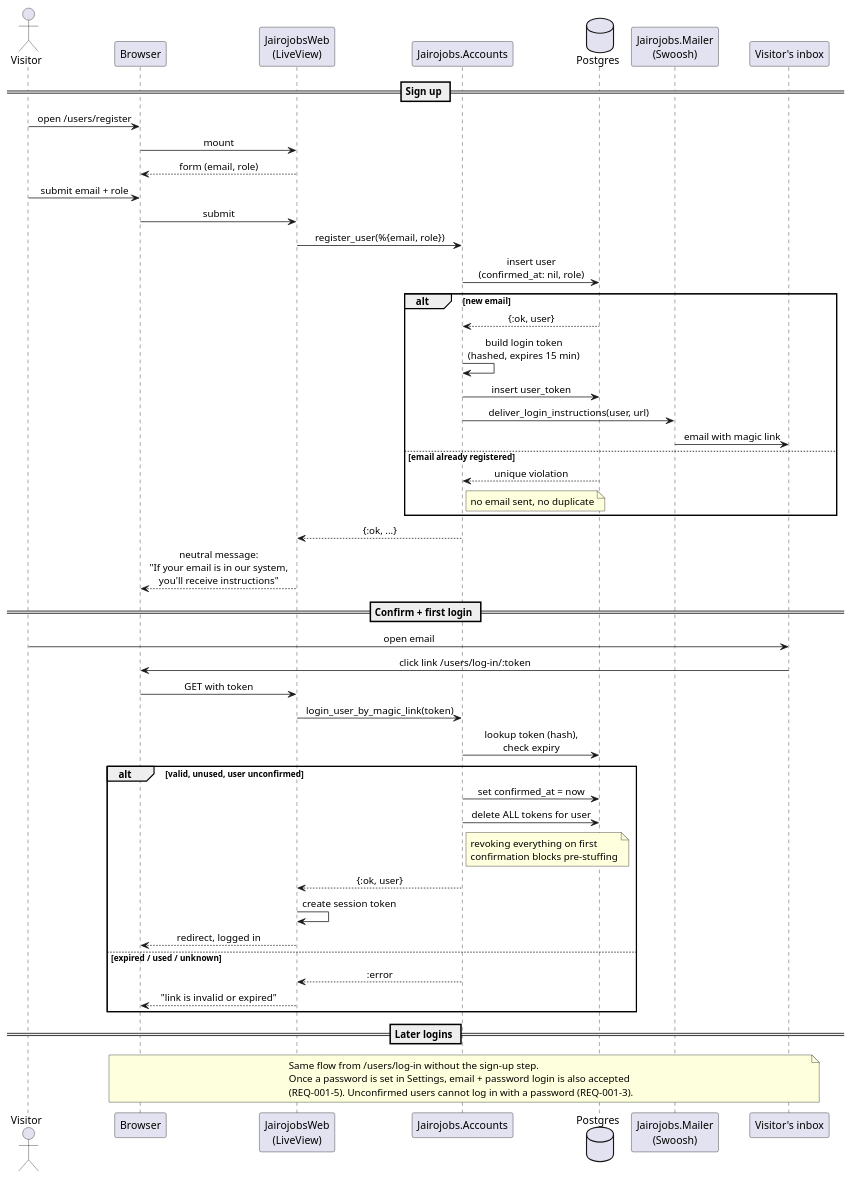
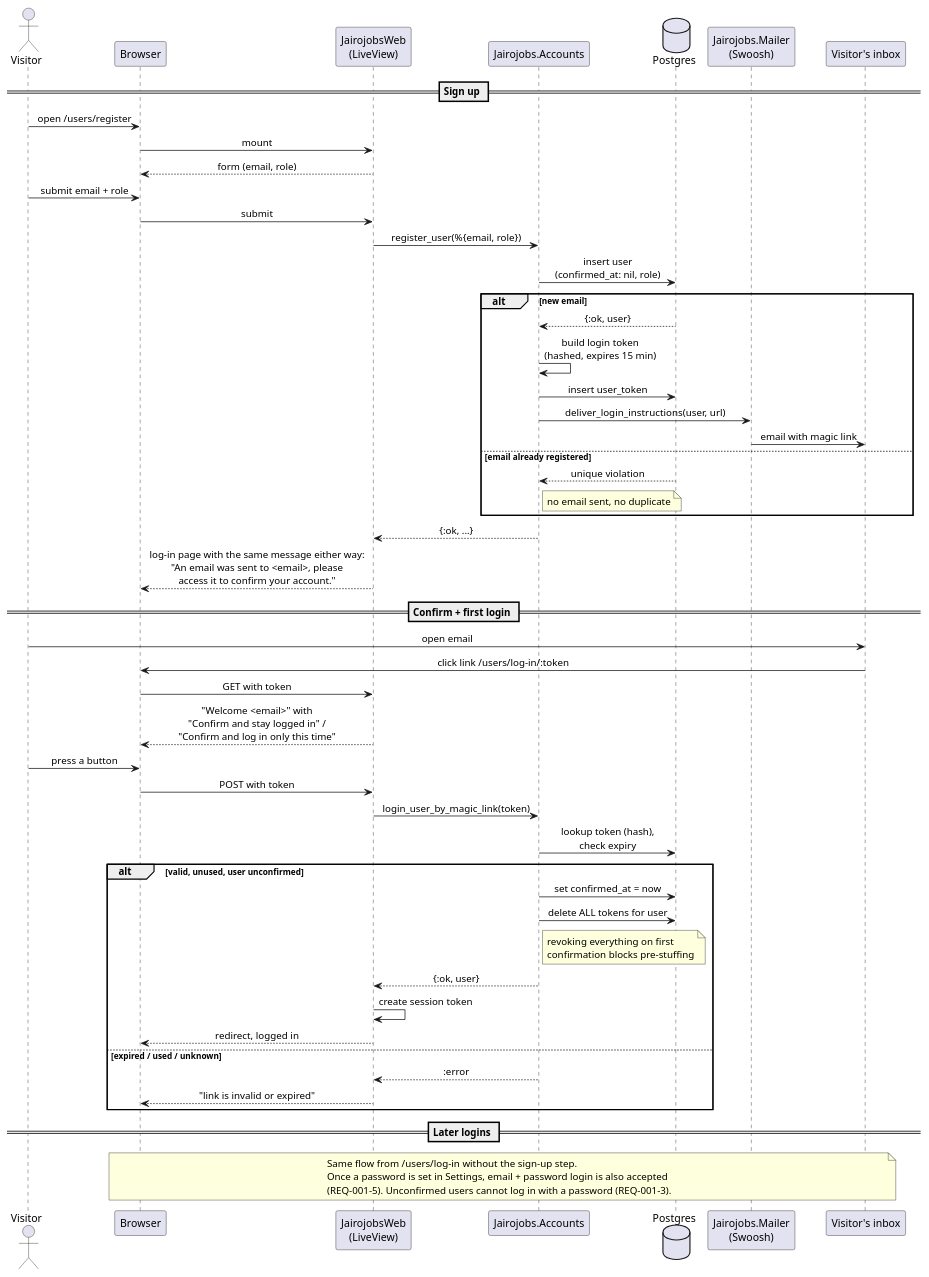
One commit to raseniero/jairojobs-elixir changed the diagram in docs/specs/001-accounts-authentication/diagrams/sequence-magic-link-signup.puml. Above: the diagram before and after it, drawn with PlantUML. The commit also changed 8 other files, not shown here.

Commit message:
docs(spec 001): diagrams brought in line with the built screens; the emailed link is opened and confirmed (REQ-001-3, REQ-001-4)

```diff
--- a/docs/specs/001-accounts-authentication/diagrams/sequence-magic-link-signup.puml
+++ b/docs/specs/001-accounts-authentication/diagrams/sequence-magic-link-signup.puml
@@ -1,62 +1,65 @@
 @startuml sequence-magic-link-signup
 ' Spec 001 — sign up and first login via magic link (REQ-001-2, REQ-001-3).
 ' Parties: Browser, JairojobsWeb (LiveView), Jairojobs.Accounts, Mailer, user's inbox.
 
 skinparam sequenceMessageAlign center
 skinparam responseMessageBelowArrow true
 
 actor Visitor
 participant "Browser" as B
 participant "JairojobsWeb\n(LiveView)" as W
 participant "Jairojobs.Accounts" as ACC
 database "Postgres" as DB
 participant "Jairojobs.Mailer\n(Swoosh)" as M
 participant "Visitor's inbox" as INBOX
 
 == Sign up ==
 Visitor -> B : open /users/register
 B -> W : mount
 W --> B : form (email, role)
 Visitor -> B : submit email + role
 B -> W : submit
 W -> ACC : register_user(%{email, role})
 ACC -> DB : insert user\n(confirmed_at: nil, role)
 alt new email
   DB --> ACC : {:ok, user}
   ACC -> ACC : build login token\n(hashed, expires 15 min)
   ACC -> DB : insert user_token
   ACC -> M : deliver_login_instructions(user, url)
   M -> INBOX : email with magic link
 else email already registered
   DB --> ACC : unique violation
   note right of ACC : no email sent, no duplicate
 end
 ACC --> W : {:ok, ...}
-W --> B : neutral message:\n"If your email is in our system,\nyou'll receive instructions"
+W --> B : log-in page with the same message either way:\n"An email was sent to <email>, please\naccess it to confirm your account."
 
 == Confirm + first login ==
 Visitor -> INBOX : open email
 INBOX -> B : click link /users/log-in/:token
 B -> W : GET with token
+W --> B : "Welcome <email>" with\n"Confirm and stay logged in" /\n"Confirm and log in only this time"
+Visitor -> B : press a button
+B -> W : POST with token
 W -> ACC : login_user_by_magic_link(token)
 ACC -> DB : lookup token (hash),\ncheck expiry
 alt valid, unused, user unconfirmed
   ACC -> DB : set confirmed_at = now
   ACC -> DB : delete ALL tokens for user
   note right of ACC : revoking everything on first\nconfirmation blocks pre-stuffing
   ACC --> W : {:ok, user}
   W -> W : create session token
   W --> B : redirect, logged in
 else expired / used / unknown
   ACC --> W : :error
   W --> B : "link is invalid or expired"
 end
 
 == Later logins ==
 note over B, INBOX
   Same flow from /users/log-in without the sign-up step.
   Once a password is set in Settings, email + password login is also accepted
   (REQ-001-5). Unconfirmed users cannot log in with a password (REQ-001-3).
 end note
 
 @enduml
```
